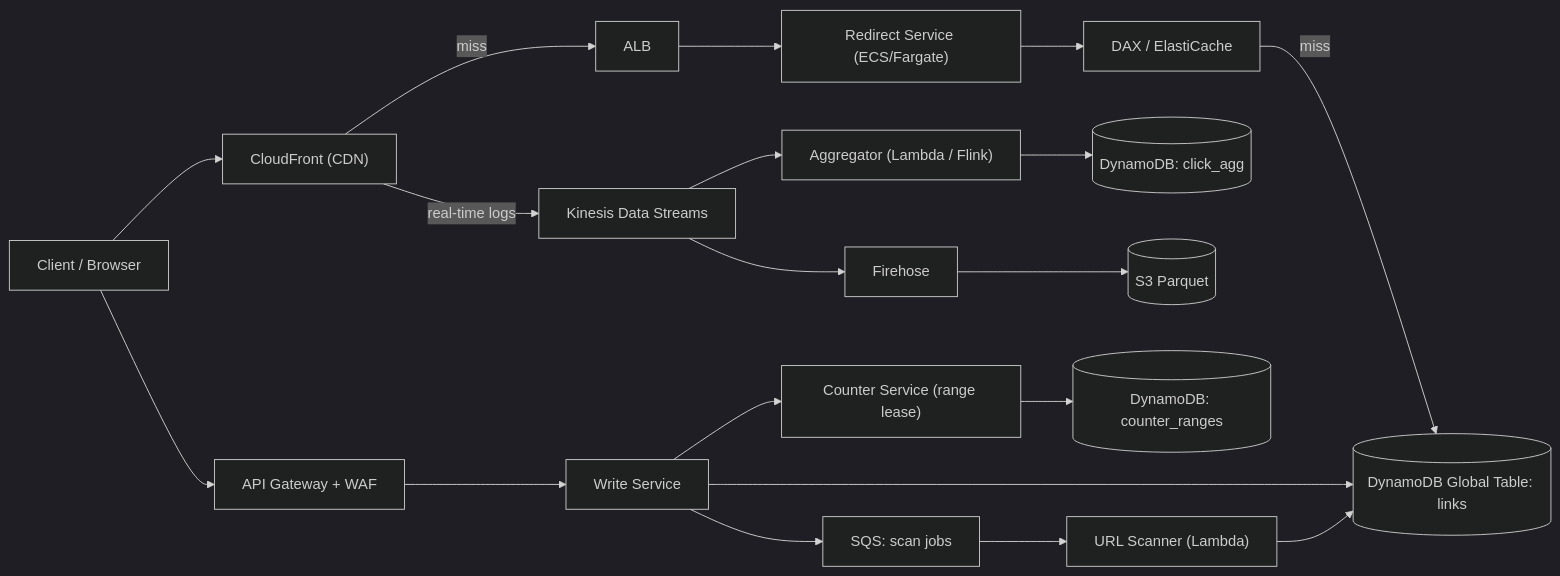
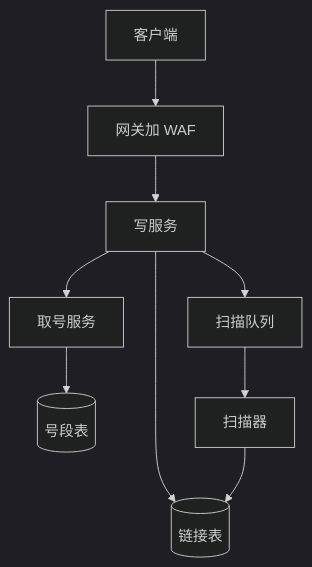
The first of 5 diagrams in vault/interviews/core/system-design/sd01-url-shortener.md (ChiChasesCheese/trellis), drawn with Mermaid (dark theme) before and after one commit. The commit also changed other lines of this file and 69 other files, not shown here.

First line of the commit message:
Rewrite pass to WRITING_RULES: SD01-07, LLD amazon leaves 5-12, coding notes + cards; diagrams fit the page

````diff
--- a/vault/interviews/core/system-design/sd01-url-shortener.md
+++ b/vault/interviews/core/system-design/sd01-url-shortener.md
@@ -101,20 +103,11 @@
 ```mermaid
-flowchart LR
-    C["Client / Browser"] --> CF["CloudFront (CDN)"]
-    CF -->|"miss"| ALB["ALB"]
-    ALB --> RS["Redirect Service (ECS/Fargate)"]
-    RS --> DAX["DAX / ElastiCache"]
-    DAX -->|"miss"| DDB[("DynamoDB Global Table: links")]
-    C --> APIGW["API Gateway + WAF"]
-    APIGW --> WS["Write Service"]
-    WS --> CNT["Counter Service (range lease)"]
-    CNT --> DDBC[("DynamoDB: counter_ranges")]
-    WS --> DDB
-    WS --> SQS["SQS: scan jobs"]
-    SQS --> SCAN["URL Scanner (Lambda)"]
+flowchart TB
+    C["客户端"] --> APIGW["网关加 WAF"]
+    APIGW --> WS["写服务"]
+    WS --> CNT["取号服务"]
+    CNT --> DDBC[("号段表")]
+    WS --> DDB[("链接表")]
+    WS --> SQS["扫描队列"]
+    SQS --> SCAN["扫描器"]
     SCAN --> DDB
-    CF -->|"real-time logs"| KDS["Kinesis Data Streams"]
-    KDS --> AGG["Aggregator (Lambda / Flink)"]
-    AGG --> STATS[("DynamoDB: click_agg")]
-    KDS --> FH["Firehose"] --> S3[("S3 Parquet")]
 ```
````
